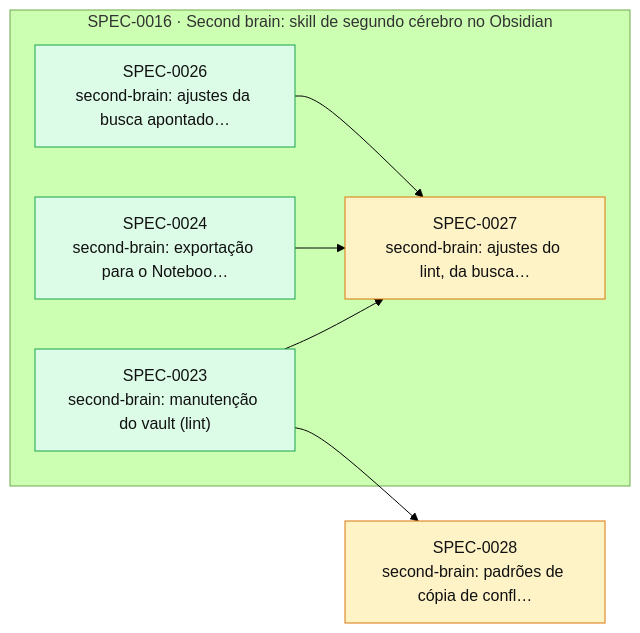
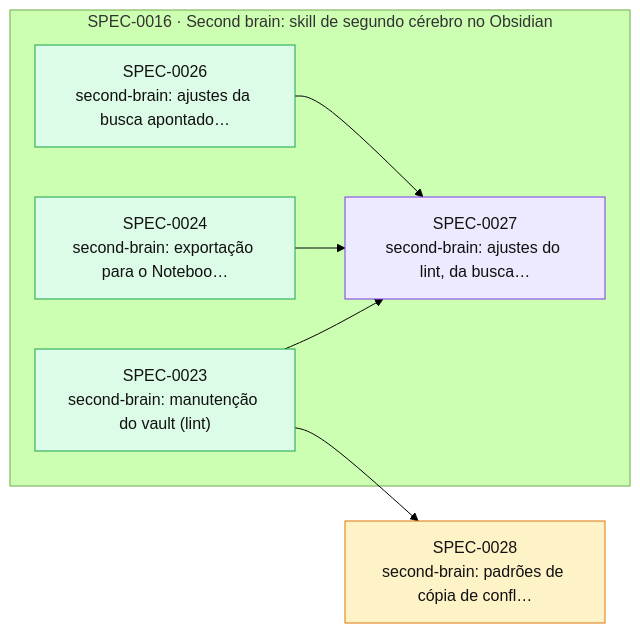
One commit to thomasravache/ai-dev-brain changed the diagram in docs/specs/INDEX.md. Above: the diagram before and after it, drawn with Mermaid (forest theme). The commit also changed other lines of this file and 1 other file, not shown here.

First line of the commit message:
docs(specs): H1 e plano da SPEC-0027; em execução

````diff
--- a/docs/specs/INDEX.md
+++ b/docs/specs/INDEX.md
@@ -46,19 +46,19 @@
 ```mermaid
 flowchart LR
   S0028["SPEC-0028<br/>second-brain: padrões de cópia de confl…"]:::proposed
   subgraph E0016["SPEC-0016 · Second brain: skill de segundo cérebro no Obsidian"]
     S0023["SPEC-0023<br/>second-brain: manutenção do vault (lint)"]:::implemented
     S0024["SPEC-0024<br/>second-brain: exportação para o Noteboo…"]:::implemented
     S0026["SPEC-0026<br/>second-brain: ajustes da busca apontado…"]:::implemented
-    S0027["SPEC-0027<br/>second-brain: ajustes do lint, da busca…"]:::proposed
+    S0027["SPEC-0027<br/>second-brain: ajustes do lint, da busca…"]:::inprogress
   end
   S0023 --> S0027
   S0024 --> S0027
   S0026 --> S0027
   S0023 --> S0028
   classDef proposed fill:#fef3c7,stroke:#d97706,color:#111
   classDef approved fill:#dbeafe,stroke:#2563eb,color:#111
   classDef inprogress fill:#ede9fe,stroke:#7c3aed,color:#111
   classDef implemented fill:#dcfce7,stroke:#16a34a,color:#111
   classDef deprecated fill:#f3f4f6,stroke:#9ca3af,color:#6b7280
 ```
````
